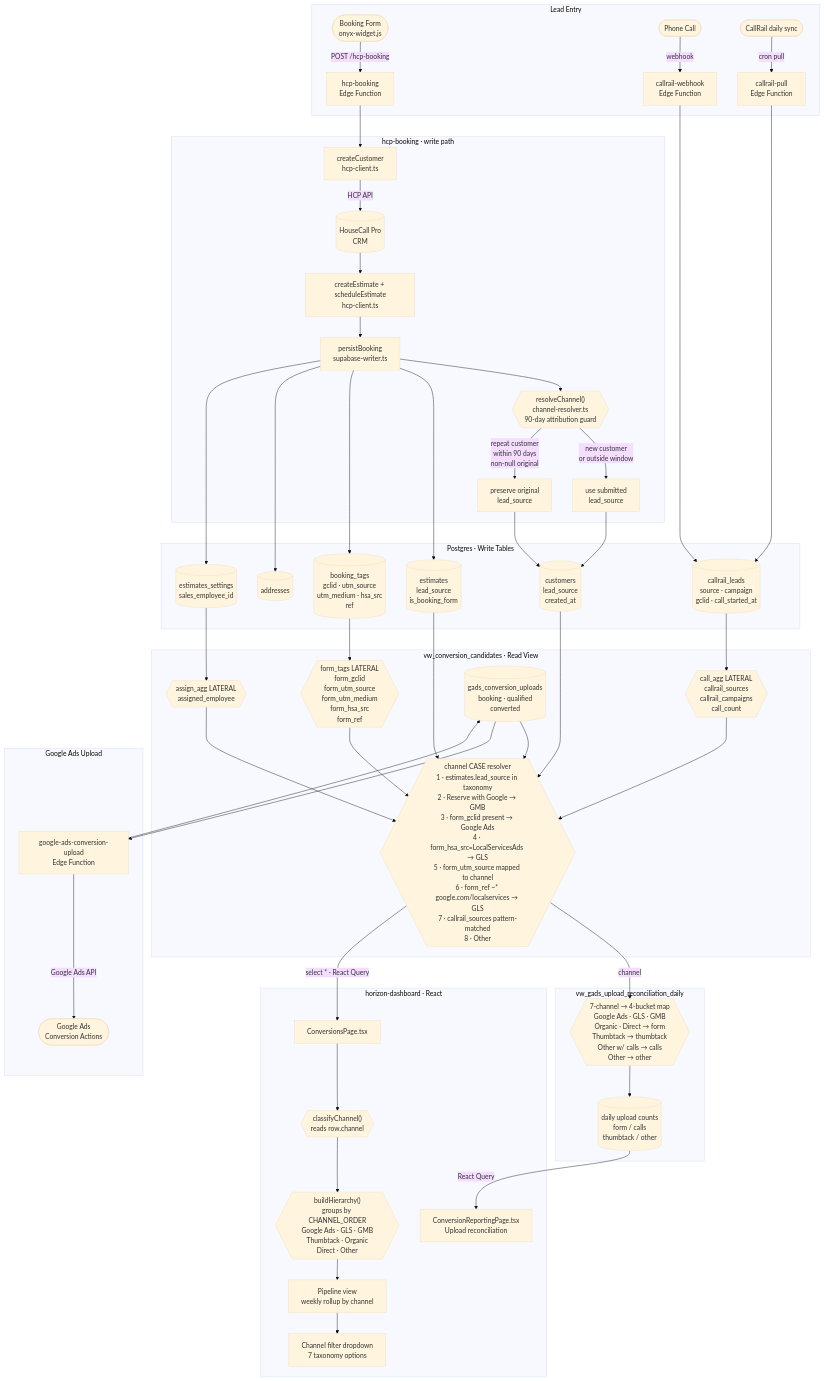
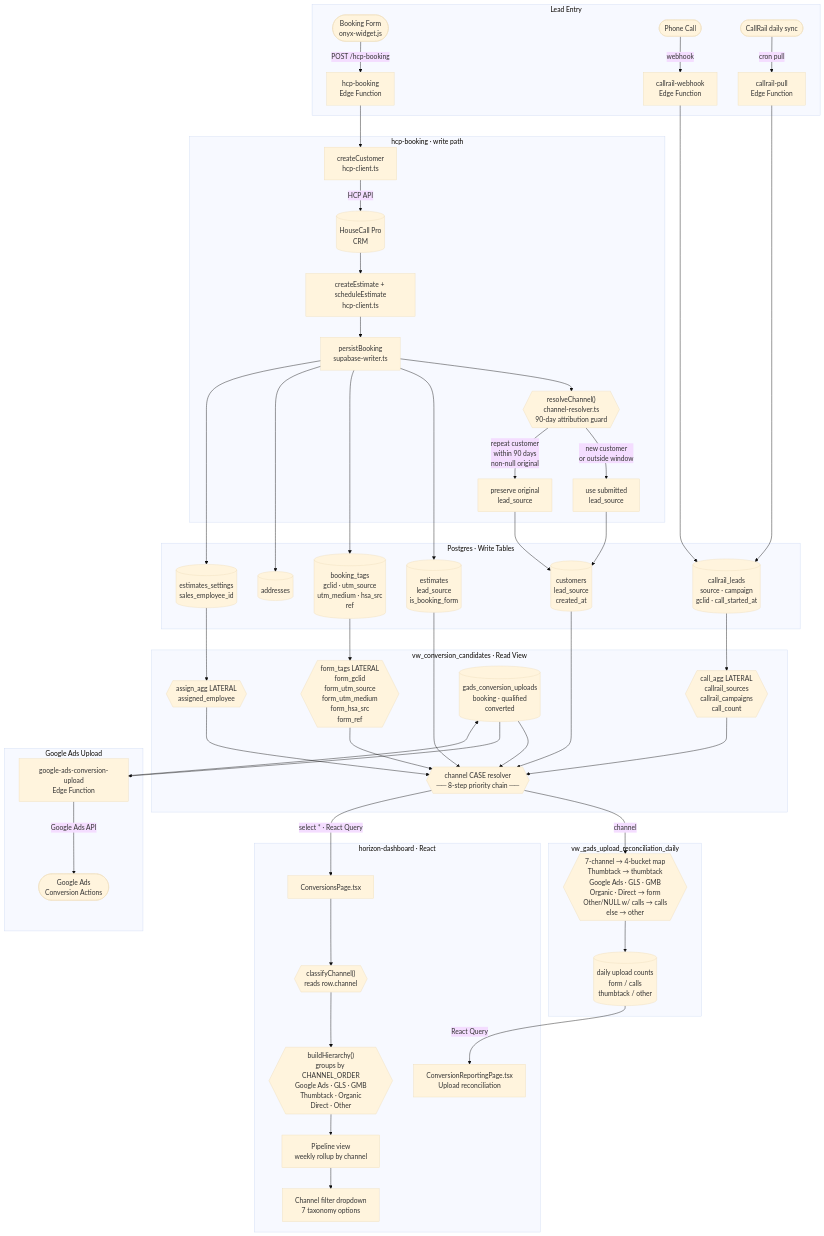
One commit to Appassion-Dev/onyx-architecture changed the diagram in changes/archive/2026-05-07-lead-channel-taxonomy/architecture.md. Above: the diagram before and after it, drawn with Mermaid (base theme). The commit also changed 64 other files, not shown here.

````diff
--- a/changes/archive/2026-05-07-lead-channel-taxonomy/architecture.md
+++ b/changes/archive/2026-05-07-lead-channel-taxonomy/architecture.md
@@ -11,59 +11,113 @@
 ```mermaid
 flowchart TD
     subgraph ENTRY["Lead Entry"]
-        A([Booking Form\nonyx-widget.js]) -->|POST /hcp-booking| B[hcp-booking\nEdge Function]
-        C([Phone Call]) -->|webhook| D[callrail-webhook\nEdge Function]
-        E([CallRail daily sync]) -->|cron pull| F[callrail-pull\nEdge Function]
+        A(["Booking Form
+onyx-widget.js"]) -->|POST /hcp-booking| B["hcp-booking
+Edge Function"]
+        C(["Phone Call"]) -->|webhook| D["callrail-webhook
+Edge Function"]
+        E(["CallRail daily sync"]) -->|cron pull| F["callrail-pull
+Edge Function"]
     end
 
     subgraph EDGE_BOOKING["hcp-booking · write path"]
-        B --> B1[createCustomer\nhcp-client.ts]
-        B1 -->|HCP API| B2[(HouseCall Pro\nCRM)]
-        B2 --> B3[createEstimate + scheduleEstimate\nhcp-client.ts]
-        B3 --> B4[persistBooking\nsupabase-writer.ts]
-        B4 --> B5{{"resolveChannel()\nchannel-resolver.ts\n90-day attribution guard"}}
-        B5 -->|new customer\nor outside window| B6[use submitted\nlead_source]
-        B5 -->|repeat customer\nwithin 90 days\nnon-null original| B7[preserve original\nlead_source]
+        B --> B1["createCustomer
+hcp-client.ts"]
+        B1 -->|HCP API| B2[("HouseCall Pro
+CRM")]
+        B2 --> B3["createEstimate + scheduleEstimate
+hcp-client.ts"]
+        B3 --> B4["persistBooking
+supabase-writer.ts"]
+        B4 --> B5{{"resolveChannel()
+channel-resolver.ts
+90-day attribution guard"}}
+        B5 -->|"new customer
+or outside window"| B6["use submitted
+lead_source"]
+        B5 -->|"repeat customer
+within 90 days
+non-null original"| B7["preserve original
+lead_source"]
     end
 
     subgraph DB_WRITE["Postgres · Write Tables"]
-        B6 & B7 --> T1[(customers\nlead_source\ncreated_at)]
-        B4 --> T2[(estimates\nlead_source\nis_booking_form)]
-        B4 --> T3[(booking_tags\ngclid · utm_source\nutm_medium · hsa_src\nref)]
-        B4 --> T4[(addresses)]
-        B4 --> T5[(estimates_settings\nsales_employee_id)]
-        D & F --> T6[(callrail_leads\nsource · campaign\ngclid · call_started_at)]
+        B6 & B7 --> T1[("customers
+lead_source
+created_at")]
+        B4 --> T2[("estimates
+lead_source
+is_booking_form")]
+        B4 --> T3[("booking_tags
+gclid · utm_source
+utm_medium · hsa_src
+ref")]
+        B4 --> T4[("addresses")]
+        B4 --> T5[("estimates_settings
+sales_employee_id")]
+        D & F --> T6[("callrail_leads
+source · campaign
+gclid · call_started_at")]
     end
 
     subgraph VIEW["vw_conversion_candidates · Read View"]
         T2 --> V1
         T1 --> V1
-        T3 --> V2{{"form_tags LATERAL\nform_gclid\nform_utm_source\nform_utm_medium\nform_hsa_src\nform_ref"}}
-        T6 --> V3{{"call_agg LATERAL\ncallrail_sources\ncallrail_campaigns\ncall_count"}}
-        T5 --> V4{{"assign_agg LATERAL\nassigned_employee"}}
-        V2 --> V1{{"channel CASE resolver\n1 · estimates.lead_source in taxonomy\n2 · Reserve with Google → GMB\n3 · form_gclid present → Google Ads\n4 · form_hsa_src=LocalServicesAds → GLS\n5 · form_utm_source mapped to channel\n6 · form_ref ~* google.com/localservices → GLS\n7 · callrail_sources pattern-matched\n8 · Other"}}
+        T3 --> V2{{"form_tags LATERAL
+form_gclid
+form_utm_source
+form_utm_medium
+form_hsa_src
+form_ref"}}
+        T6 --> V3{{"call_agg LATERAL
+callrail_sources
+callrail_campaigns
+call_count"}}
+        T5 --> V4{{"assign_agg LATERAL
+assigned_employee"}}
+        V2 --> V1{{"channel CASE resolver
+── 8-step priority chain ──"}}
         V3 --> V1
         V4 --> V1
-        T7[(gads_conversion_uploads\nbooking · qualified\nconverted)] --> V1
+        T7[("gads_conversion_uploads
+booking · qualified
+converted")] --> V1
     end
 
     subgraph RECONCILE["vw_gads_upload_reconciliation_daily"]
-        V1 -->|channel| R1{{"7-channel → 4-bucket map\nGoogle Ads · GLS · GMB\nOrganic · Direct → form\nThumbtack → thumbtack\nOther w/ calls → calls\nOther → other"}}
-        R1 --> R2[(daily upload counts\nform / calls\nthumbtack / other)]
+        V1 -->|channel| R1{{"7-channel → 4-bucket map
+Thumbtack → thumbtack
+Google Ads · GLS · GMB
+Organic · Direct → form
+Other/NULL w/ calls → calls
+else → other"}}
+        R1 --> R2[("daily upload counts
+form / calls
+thumbtack / other")]
     end
 
     subgraph GADS["Google Ads Upload"]
-        T7 --> G1[google-ads-conversion-upload\nEdge Function]
-        G1 -->|Google Ads API| G2([Google Ads\nConversion Actions])
+        T7 --> G1["google-ads-conversion-upload
+Edge Function"]
+        G1 -->|Google Ads API| G2(["Google Ads
+Conversion Actions"])
         G1 --> T7
     end
 
     subgraph DASHBOARD["horizon-dashboard · React"]
-        V1 -->|select * · React Query| P1[ConversionsPage.tsx]
-        P1 --> P2{{"classifyChannel()\nreads row.channel"}}
-        P2 --> P3{{"buildHierarchy()\ngroups by CHANNEL_ORDER\nGoogle Ads · GLS · GMB\nThumbtack · Organic\nDirect · Other"}}
-        P3 --> P4[Pipeline view\nweekly rollup by channel]
-        P4 --> P5[Channel filter dropdown\n7 taxonomy options]
-        R2 -->|React Query| P6[ConversionReportingPage.tsx\nUpload reconciliation]
+        V1 -->|"select * · React Query"| P1["ConversionsPage.tsx"]
+        P1 --> P2{{"classifyChannel()
+reads row.channel"}}
+        P2 --> P3{{"buildHierarchy()
+groups by CHANNEL_ORDER
+Google Ads · GLS · GMB
+Thumbtack · Organic
+Direct · Other"}}
+        P3 --> P4["Pipeline view
+weekly rollup by channel"]
+        P4 --> P5["Channel filter dropdown
+7 taxonomy options"]
+        R2 -->|React Query| P6["ConversionReportingPage.tsx
+Upload reconciliation"]
     end
 ```
````
